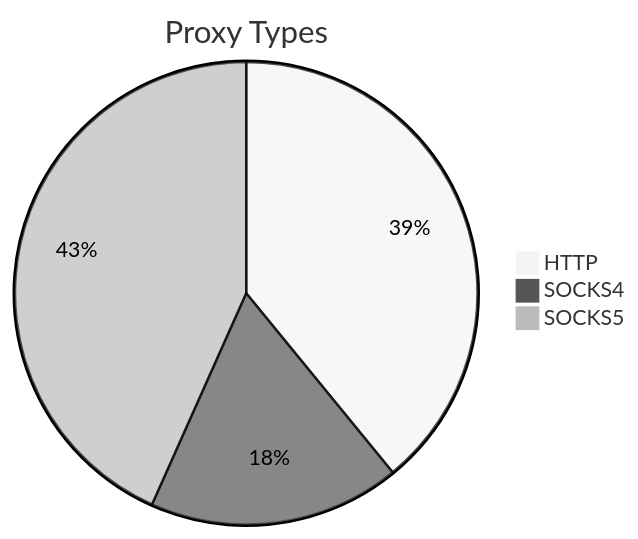
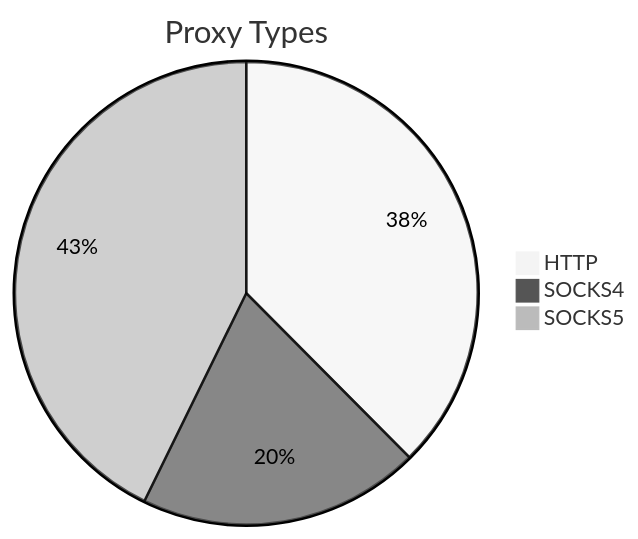
One commit to stormsia/proxy-list changed the first of 2 diagrams in README.md. Above: the diagram before and after it, drawn with Mermaid (neutral theme). The commit also changed other lines of this file, not shown here.

````diff
--- a/README.md
+++ b/README.md
@@ -21,6 +21,6 @@
 ```mermaid
 pie title Proxy Types
-    "HTTP" : 120
-    "SOCKS4" : 54
-    "SOCKS5" : 133
+    "HTTP" : 202
+    "SOCKS4" : 106
+    "SOCKS5" : 230
 ```
````
